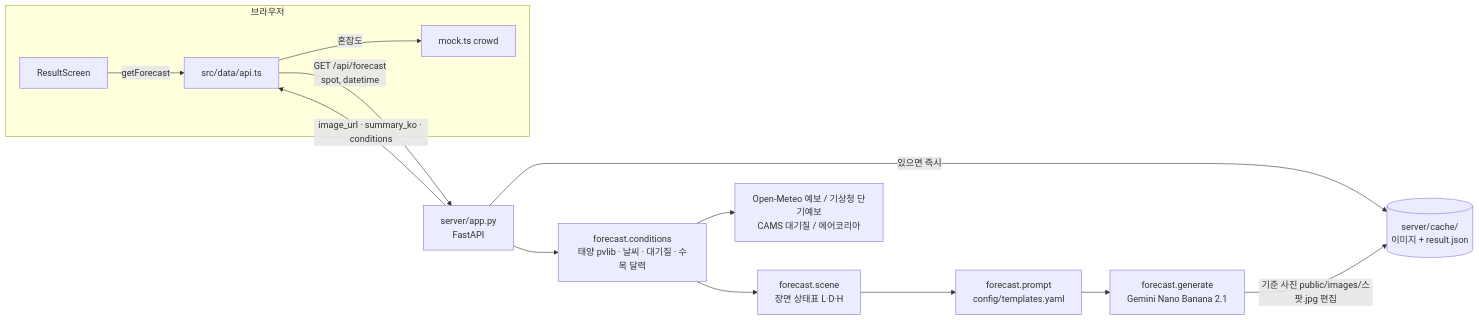
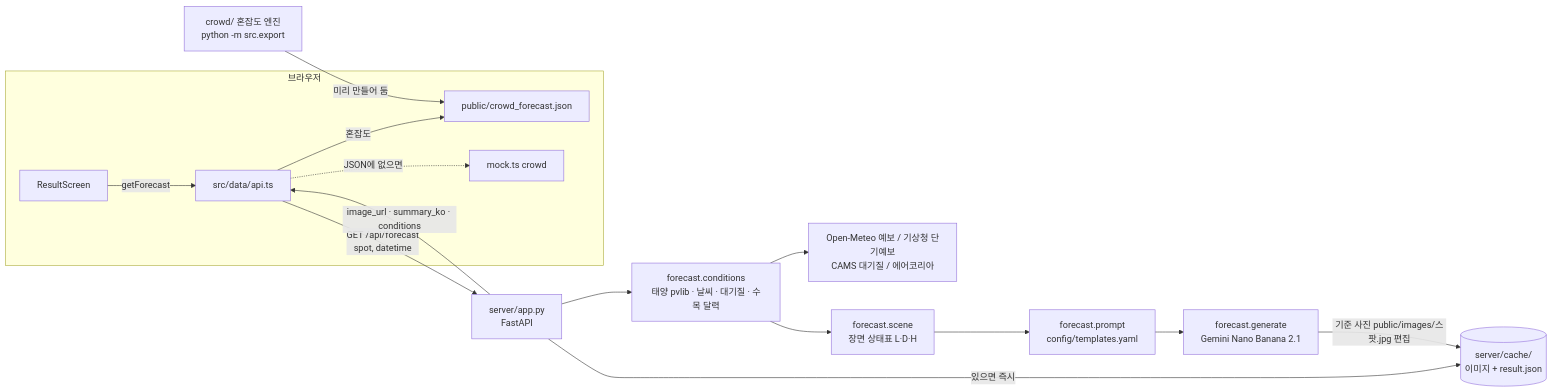
One commit to wodtod68-sys/olpark_photocast changed the diagram in README.md. Above: the diagram before and after it, drawn with Mermaid. The commit also changed other lines of this file and 28 other files, not shown here.

First line of the commit message:
혼잡도 엔진(crowd/) 추가 + 웹 혼잡도를 엔진 JSON으로 연결

````diff
--- a/README.md
+++ b/README.md
@@ -13,16 +14,18 @@
 ```mermaid
 flowchart LR
   subgraph 브라우저
     UI[ResultScreen] -->|getForecast| API[src/data/api.ts]
-    API -->|혼잡도| MOCK[mock.ts crowd]
+    API -->|혼잡도| CJSON[public/crowd_forecast.json]
+    API -.->|JSON에 없으면| MOCK[mock.ts crowd]
   end
+  ENGINE[crowd/ 혼잡도 엔진<br/>python -m src.export] -->|미리 만들어 둠| CJSON
   API -->|GET /api/forecast<br/>spot, datetime| SRV[server/app.py<br/>FastAPI]
   SRV -->|있으면 즉시| CACHE[(server/cache/<br/>이미지 + result.json)]
   SRV --> COND[forecast.conditions<br/>태양 pvlib · 날씨 · 대기질 · 수목 달력]
   COND --> W[Open-Meteo 예보 / 기상청 단기예보<br/>CAMS 대기질 / 에어코리아]
   COND --> STATE[forecast.scene<br/>장면 상태표 L·D·H]
   STATE --> PROMPT[forecast.prompt<br/>config/templates.yaml]
   PROMPT --> GEN[forecast.generate<br/>Gemini Nano Banana 2.1]
   GEN -->|기준 사진 public/images/스팟.jpg 편집| CACHE
   SRV -->|image_url · summary_ko · conditions| API
 ```
````
